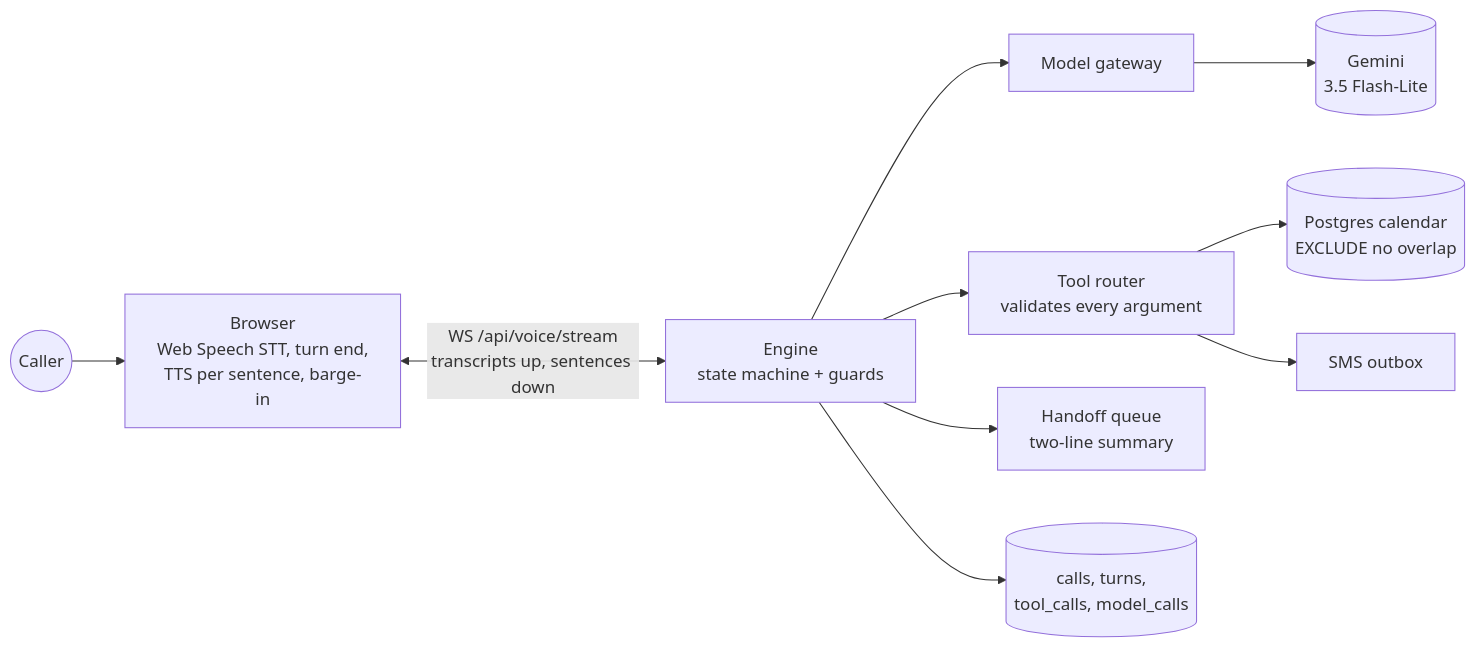
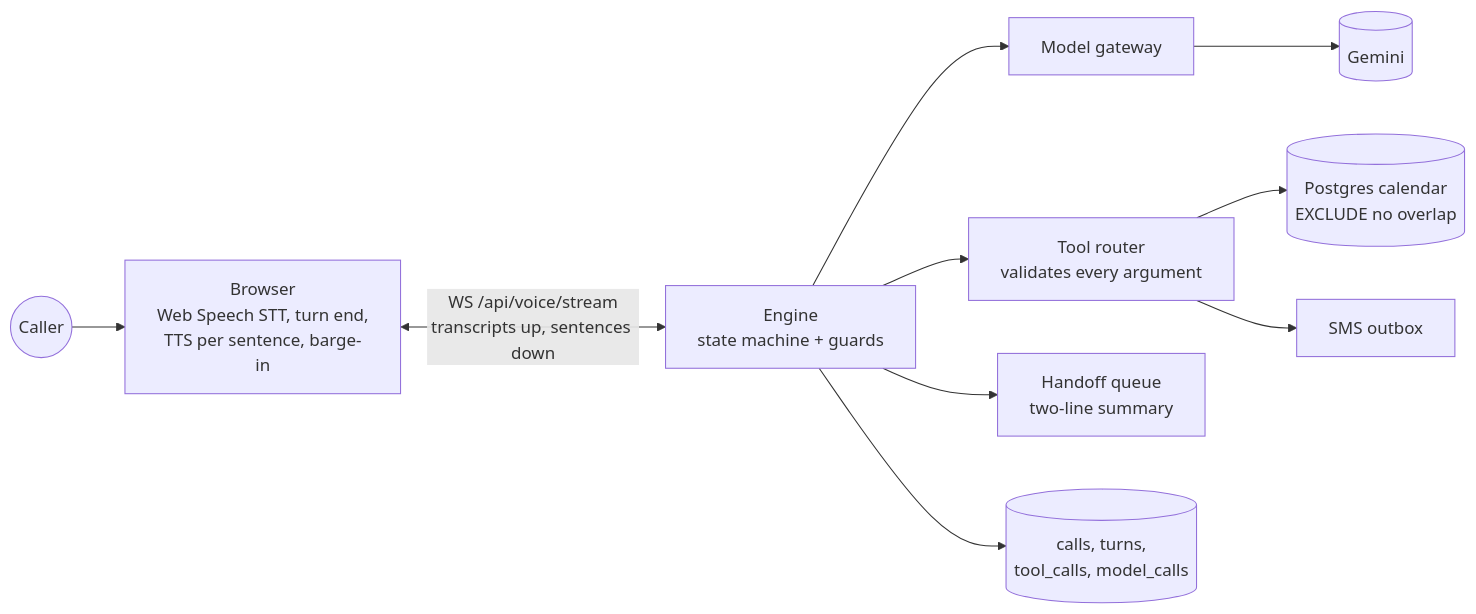
Before and after one commit to 0shunya/AI-Phone-Receptionist: the diagram in README.md, drawn with Mermaid. The commit also changed other lines of this file and 7 other files, not shown here.

````diff
--- a/README.md
+++ b/README.md
@@ -62,11 +62,11 @@
 ```mermaid
 flowchart LR
   Caller((Caller)) --> B[Browser<br/>Web Speech STT, turn end,<br/>TTS per sentence, barge-in]
   B <-- "WS /api/voice/stream<br/>transcripts up, sentences down" --> E[Engine<br/>state machine + guards]
-  E --> G[Model gateway] --> M[(Gemini<br/>3.5 Flash-Lite)]
+  E --> G[Model gateway] --> M[(Gemini)]
   E --> T[Tool router<br/>validates every argument]
   T --> C[(Postgres calendar<br/>EXCLUDE no overlap)]
   T --> S[SMS outbox]
   E --> H[Handoff queue<br/>two-line summary]
   E --> L[(calls, turns,<br/>tool_calls, model_calls)]
 ```
````
